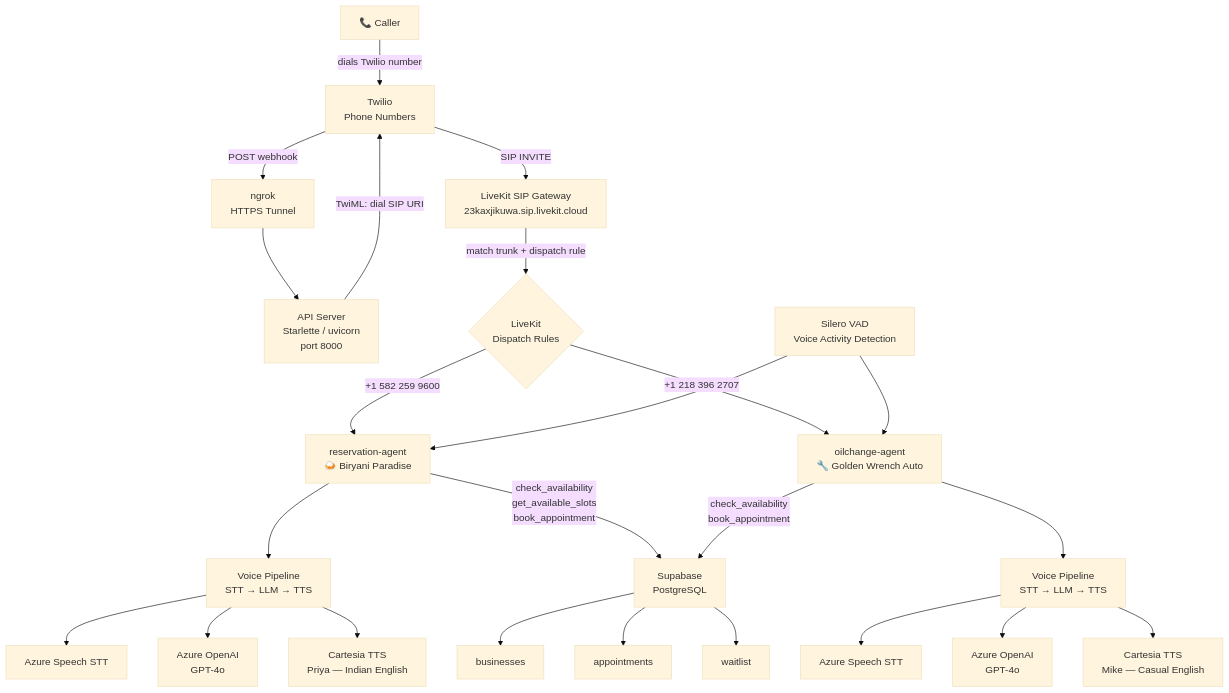
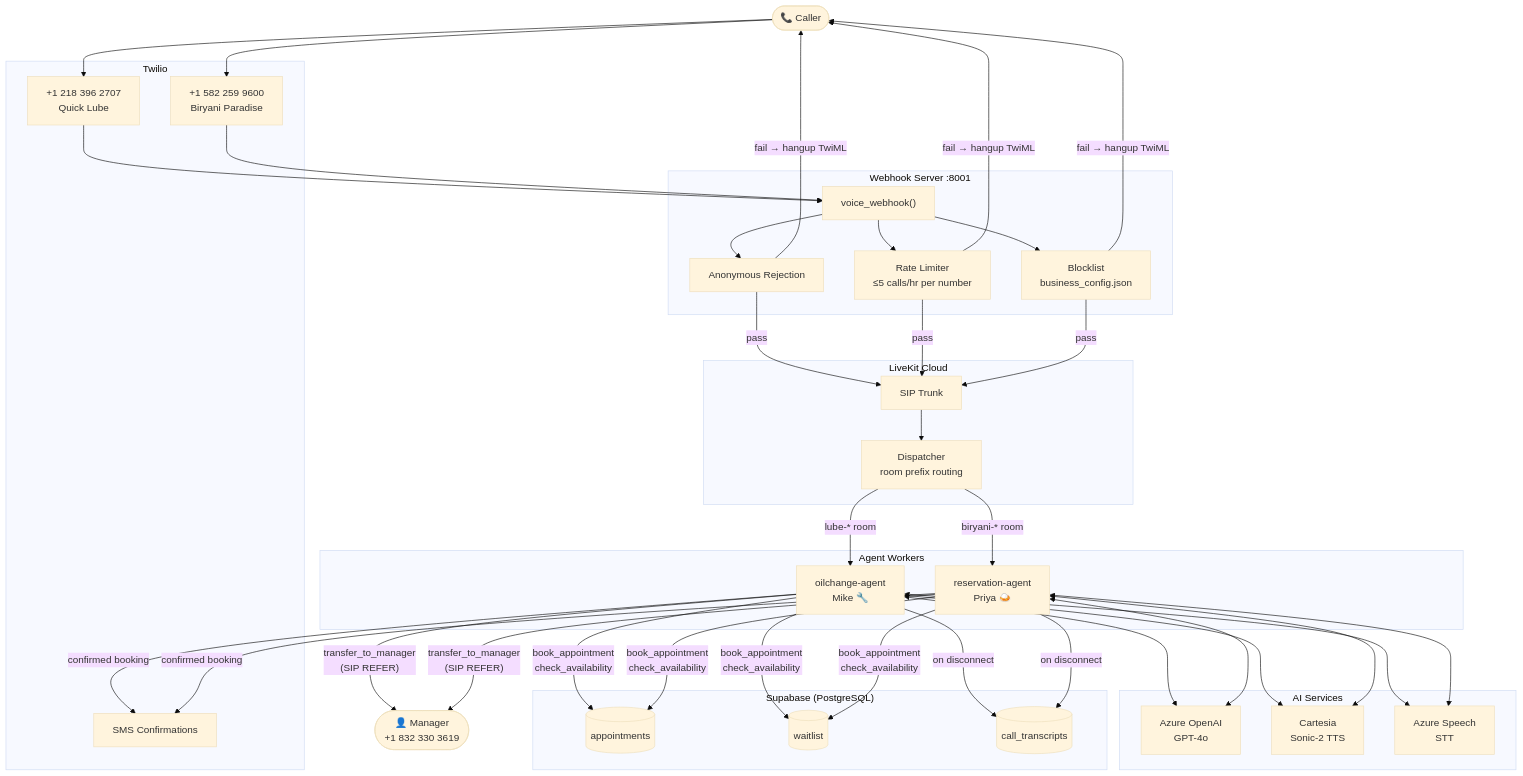
The first of 2 diagrams in ARCHITECTURE.md (realhuman-ai/voice-agents-for-financial-customers), drawn with Mermaid (base theme) before and after one commit. The commit also changed other lines of this file and 8 other files, not shown here.

First line of the commit message:
Phase 2: SMS confirmations, after-hours handling, call transfer, spam protection

````diff
--- a/ARCHITECTURE.md
+++ b/ARCHITECTURE.md
@@ -7,36 +9,61 @@
 ```mermaid
-graph TD
-    Caller["📞 Caller"] -->|dials Twilio number| Twilio["Twilio\nPhone Numbers"]
+flowchart TD
+    caller(["📞 Caller"])
 
-    Twilio -->|POST webhook| ngrok["ngrok\nHTTPS Tunnel"]
-    ngrok --> API["API Server\nStarlette / uvicorn\nport 8000"]
+    subgraph twilio["Twilio"]
+        tn1["+1 218 396 2707\nQuick Lube"]
+        tn2["+1 582 259 9600\nBiryani Paradise"]
+        sms["SMS Confirmations"]
+    end
 
-    API -->|TwiML: dial SIP URI| Twilio
-    Twilio -->|SIP INVITE| LiveKitSIP["LiveKit SIP Gateway\n23kaxjikuwa.sip.livekit.cloud"]
+    subgraph security["Webhook Server :8001"]
+        wh["voice_webhook()"]
+        rl["Rate Limiter\n≤5 calls/hr per number"]
+        bl["Blocklist\nbusiness_config.json"]
+        anon["Anonymous Rejection"]
+    end
 
-    LiveKitSIP -->|match trunk + dispatch rule| Router{"LiveKit\nDispatch Rules"}
+    subgraph livekit["LiveKit Cloud"]
+        sip["SIP Trunk"]
+        disp["Dispatcher\nroom prefix routing"]
+    end
 
-    Router -->|+1 582 259 9600| ResvAgent["reservation-agent\n🍛 Biryani Paradise"]
-    Router -->|+1 218 396 2707| LubeAgent["oilchange-agent\n🔧 Golden Wrench Auto"]
+    subgraph agents["Agent Workers"]
+        ql["oilchange-agent\nMike 🔧"]
+        bp["reservation-agent\nPriya 🍛"]
+    end
 
-    ResvAgent --> Pipeline1["Voice Pipeline\nSTT → LLM → TTS"]
-    LubeAgent --> Pipeline2["Voice Pipeline\nSTT → LLM → TTS"]
+    subgraph ai["AI Services"]
+        llm["Azure OpenAI\nGPT-4o"]
+        tts["Cartesia\nSonic-2 TTS"]
+        stt["Azure Speech\nSTT"]
+    end
 
-    Pipeline1 --> STT1["Azure Speech STT"]
-    Pipeline1 --> LLM1["Azure OpenAI\nGPT-4o"]
-    Pipeline1 --> TTS1["Cartesia TTS\nPriya — Indian English"]
+    subgraph db["Supabase (PostgreSQL)"]
+        appt[("appointments")]
+        wait[("waitlist")]
+        trans[("call_transcripts")]
+    end
 
-    Pipeline2 --> STT2["Azure Speech STT"]
-    Pipeline2 --> LLM2["Azure OpenAI\nGPT-4o"]
-    Pipeline2 --> TTS2["Cartesia TTS\nMike — Casual English"]
+    manager(["👤 Manager\n+1 832 330 3619"])
 
-    ResvAgent -->|check_availability\nget_available_slots\nbook_appointment| Supabase["Supabase\nPostgreSQL"]
-    LubeAgent -->|check_availability\nbook_appointment| Supabase
+    caller --> tn1 & tn2
+    tn1 & tn2 --> wh
+    wh --> anon & rl & bl
+    anon & rl & bl -->|"pass"| sip
+    anon & rl & bl -->|"fail → hangup TwiML"| caller
 
-    Supabase --> T1["businesses"]
-    Supabase --> T2["appointments"]
-    Supabase --> T3["waitlist"]
+    sip --> disp
+    disp -->|"lube-* room"| ql
+    disp -->|"biryani-* room"| bp
 
-    VAD["Silero VAD\nVoice Activity Detection"] --> ResvAgent
-    VAD --> LubeAgent
+    ql & bp <--> llm
+    ql & bp <--> tts
+    ql & bp <--> stt
+
+    ql & bp -->|"book_appointment\ncheck_availability"| appt & wait
+    ql & bp -->|"on disconnect"| trans
+    ql & bp -->|"confirmed booking"| sms
+
+    ql & bp -->|"transfer_to_manager\n(SIP REFER)"| manager
 ```
````
